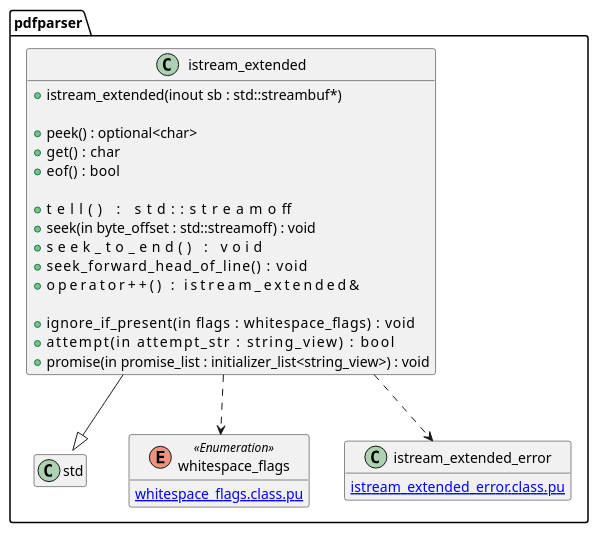
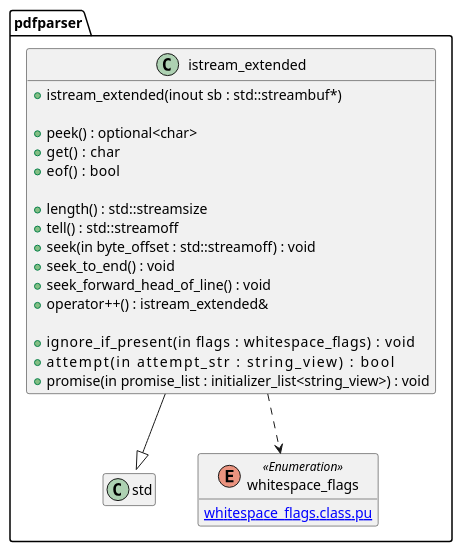
Before and after one commit to KodaiYM/PDFReader: the diagram in document/document_reader/ipdfstream/object_stream/tokenizer/istream_extended/istream_extended.class.pu, drawn with PlantUML. The commit also changed 23 other files, not shown here.

```diff
--- a/document/document_reader/ipdfstream/object_stream/tokenizer/istream_extended/istream_extended.class.pu
+++ b/document/document_reader/ipdfstream/object_stream/tokenizer/istream_extended/istream_extended.class.pu
@@ -1,32 +1,29 @@
 @startuml ipdfstream
 hide empty members
 namespace pdfparser {
 class istream_extended {
 	+istream_extended(inout sb : std::streambuf*)
 
 	+peek() : optional<char>
 	+get()  : char
 	+eof()  : bool
 
-	+tell()                                : std::streamoff
+	+length() : std::streamsize
+	+tell() : std::streamoff
 	+seek(in byte_offset : std::streamoff) : void
-	+seek_to_end()                         : void
-	+seek_forward_head_of_line()           : void
-	+operator++()                          : istream_extended&
+	+seek_to_end() : void
+	+seek_forward_head_of_line() : void
+	+operator++() : istream_extended&
 
 	+ignore_if_present(in flags : whitespace_flags)           : void
 	+attempt(in attempt_str : string_view)                    : bool
 	+promise(in promise_list : initializer_list<string_view>) : void
 }
 istream_extended --|> std::istream
 istream_extended ..> whitespace_flags
-istream_extended ..> istream_extended_error
 
 enum whitespace_flags <<Enumeration>> {
 	[[whitespace_flags.class.pu]]
 }
-class istream_extended_error {
-	[[istream_extended_error.class.pu]]
-}
 }
 @enduml
```
